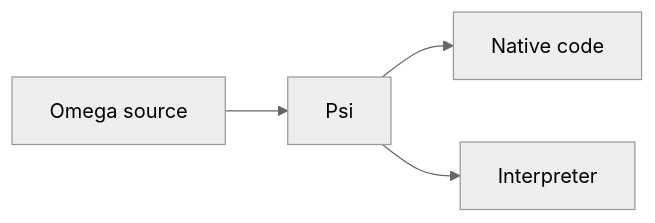
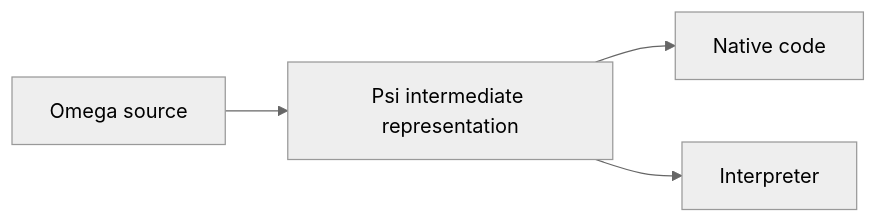
One commit to CathedralOS/Omega changed the diagram in README.md. Above: the diagram before and after it, drawn with Mermaid (neutral theme). The commit also changed other lines of this file, not shown here.

````diff
--- a/README.md
+++ b/README.md
@@ -112,6 +115,6 @@
 ```mermaid
 flowchart LR
-    source["Omega source"] --> psi["Psi"]
+    source["Omega source"] --> psi["Psi intermediate representation"]
     psi --> native["Native code"]
     psi --> interpret["Interpreter"]
 ```
````
